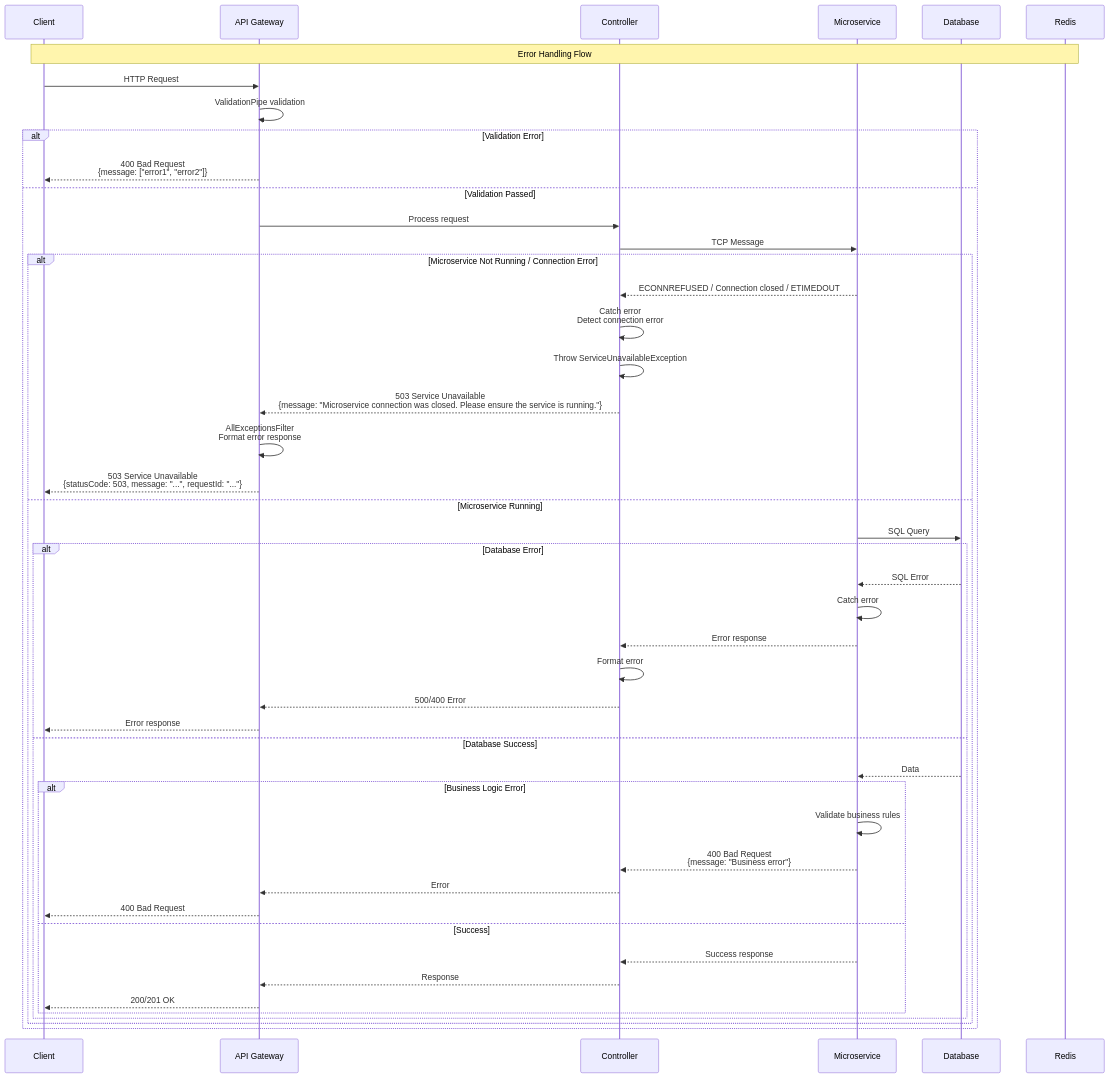
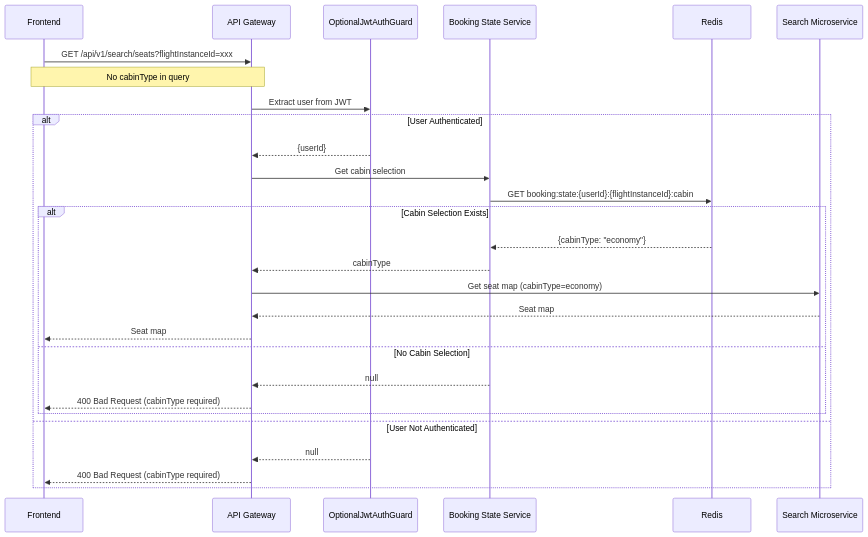
The fourth of 4 diagrams in docs/api/API_SEQUENCE_DIAGRAMS.md (Wanderlust-Air-Travel/be-flight-booking), drawn with Mermaid before and after one commit. The commit also changed other lines of this file and 7 other files, not shown here.

Commit message:
feat: enhance booking state management with new cabin selection API, implement auto-fetch cabin type from booking state for seat map retrieval, and improve deals images download script with auto-cleanup and error handling

````diff
--- a/docs/api/API_SEQUENCE_DIAGRAMS.md
+++ b/docs/api/API_SEQUENCE_DIAGRAMS.md
@@ -697,50 +123,32 @@
 ```mermaid
 sequenceDiagram
-    participant Client
+    participant Frontend
     participant API Gateway
-    participant Controller
-    participant Microservice
-    participant Database
+    participant OptionalJwtAuthGuard
+    participant Booking State Service
     participant Redis
+    participant Search Microservice
 
-    Note over Client,Redis: Error Handling Flow
+    Frontend->>API Gateway: GET /api/v1/search/seats?flightInstanceId=xxx
+    Note over Frontend,API Gateway: No cabinType in query
 
-    Client->>API Gateway: HTTP Request
-    API Gateway->>API Gateway: ValidationPipe validation
-    alt Validation Error
-        API Gateway-->>Client: 400 Bad Request<br/>{message: ["error1", "error2"]}
-    else Validation Passed
-        API Gateway->>Controller: Process request
-        Controller->>Microservice: TCP Message
-        alt Microservice Not Running / Connection Error
-            Microservice-->>Controller: ECONNREFUSED / Connection closed / ETIMEDOUT
-            Controller->>Controller: Catch error<br/>Detect connection error
-            Controller->>Controller: Throw ServiceUnavailableException
-            Controller-->>API Gateway: 503 Service Unavailable<br/>{message: "Microservice connection was closed. Please ensure the service is running."}
-            API Gateway->>API Gateway: AllExceptionsFilter<br/>Format error response
-            API Gateway-->>Client: 503 Service Unavailable<br/>{statusCode: 503, message: "...", requestId: "..."}
-        else Microservice Running
-            Microservice->>Database: SQL Query
-            alt Database Error
-                Database-->>Microservice: SQL Error
-                Microservice->>Microservice: Catch error
-                Microservice-->>Controller: Error response
-                Controller->>Controller: Format error
-                Controller-->>API Gateway: 500/400 Error
-                API Gateway-->>Client: Error response
-            else Database Success
-                Database-->>Microservice: Data
-                alt Business Logic Error
-                    Microservice->>Microservice: Validate business rules
-                    Microservice-->>Controller: 400 Bad Request<br/>{message: "Business error"}
-                    Controller-->>API Gateway: Error
-                    API Gateway-->>Client: 400 Bad Request
-                else Success
-                    Microservice-->>Controller: Success response
-                    Controller-->>API Gateway: Response
-                    API Gateway-->>Client: 200/201 OK
-                end
-            end
+    API Gateway->>OptionalJwtAuthGuard: Extract user from JWT
+    alt User Authenticated
+        OptionalJwtAuthGuard-->>API Gateway: {userId}
+        API Gateway->>Booking State Service: Get cabin selection
+        Booking State Service->>Redis: GET booking:state:{userId}:{flightInstanceId}:cabin
+        alt Cabin Selection Exists
+            Redis-->>Booking State Service: {cabinType: "economy"}
+            Booking State Service-->>API Gateway: cabinType
+            API Gateway->>Search Microservice: Get seat map (cabinType=economy)
+            Search Microservice-->>API Gateway: Seat map
+            API Gateway-->>Frontend: Seat map
+        else No Cabin Selection
+            Booking State Service-->>API Gateway: null
+            API Gateway-->>Frontend: 400 Bad Request (cabinType required)
         end
+    else User Not Authenticated
+        OptionalJwtAuthGuard-->>API Gateway: null
+        API Gateway-->>Frontend: 400 Bad Request (cabinType required)
     end
 ```
````
